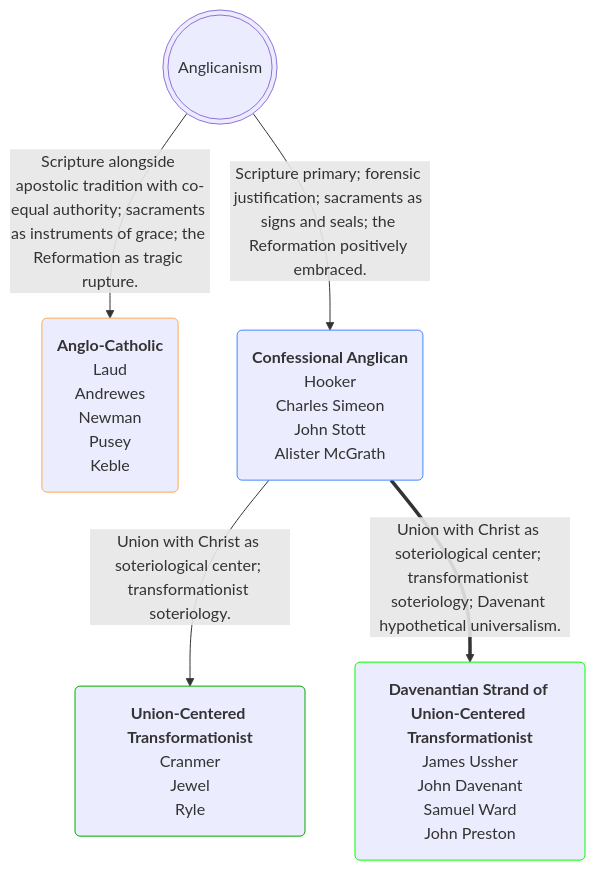
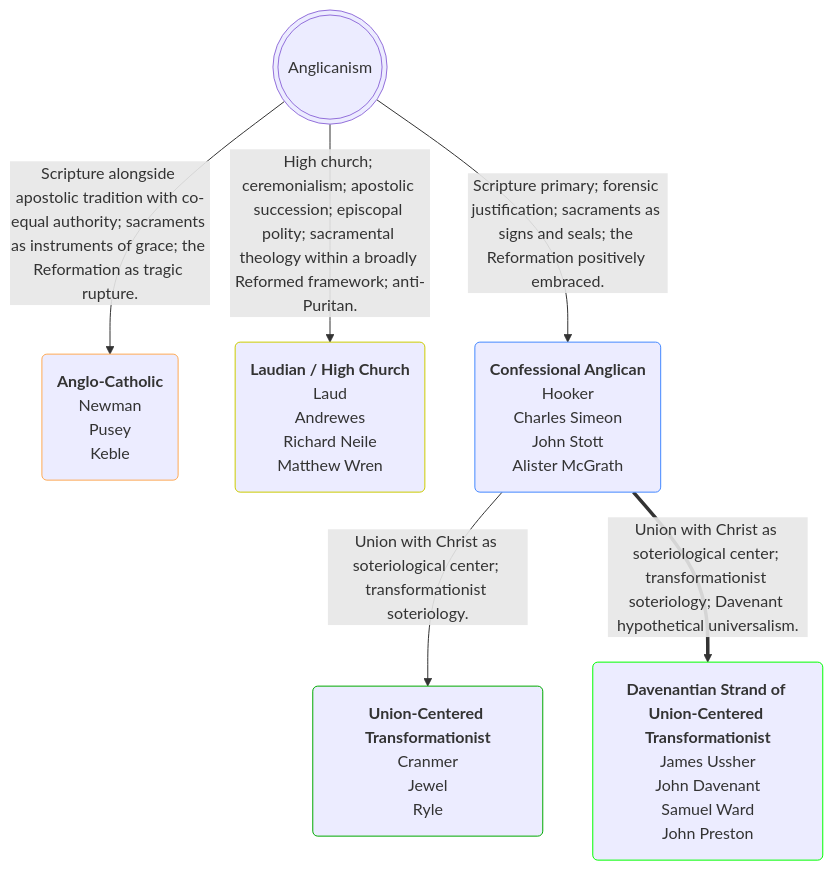
Before and after one commit to OrdoLuminis/ordoluminis.github.io: the first of 2 diagrams in _posts/2026-03-27-confessional-transformationist-anglo-catholic.markdown, drawn with Mermaid. The commit also changed other lines of this file, not shown here.

Commit message:
laudianism

````diff
--- a/_posts/2026-03-27-confessional-transformationist-anglo-catholic.markdown
+++ b/_posts/2026-03-27-confessional-transformationist-anglo-catholic.markdown
@@ -44,12 +44,14 @@
 ```mermaid
 flowchart TD
     A(((Anglicanism)))
-    A -->|Scripture alongside apostolic tradition with co-equal authority; sacraments as instruments of grace; the Reformation as tragic rupture.| B(<strong>Anglo-Catholic</strong><br>Laud<br>Andrewes<br>Newman<br>Pusey<br>Keble):::orange
+    A -->|Scripture alongside apostolic tradition with co-equal authority; sacraments as instruments of grace; the Reformation as tragic rupture.| B(<strong>Anglo-Catholic</strong><br>Newman<br>Pusey<br>Keble):::orange
+    A -->|High church; ceremonialism; apostolic succession; episcopal polity; sacramental theology within a broadly Reformed framework; anti-Puritan.| L(<strong>Laudian / High Church</strong><br>Laud<br>Andrewes<br>Richard Neile<br>Matthew Wren):::yellow
     A -->|Scripture primary; forensic justification; sacraments as signs and seals; the Reformation positively embraced.| C(<strong>Confessional Anglican</strong><br>Hooker<br>Charles Simeon<br>John Stott<br>Alister McGrath):::blue
     C -->|Union with Christ as soteriological center; transformationist soteriology.| E(<strong>Union-Centered Transformationist</strong><br>Cranmer<br>Jewel<br>Ryle):::lightgreen
     C ==>|Union with Christ as soteriological center; transformationist soteriology; Davenant hypothetical universalism.| D(<strong>Davenantian Strand of Union-Centered Transformationist</strong><br>James Ussher<br>John Davenant<br>Samuel Ward<br>John Preston):::green
     classDef green stroke:#0f0
     classDef lightgreen stroke:#0a0
     classDef orange stroke:#fa5
     classDef blue stroke:#48f
+    classDef yellow stroke:#cc0
 ```
````
